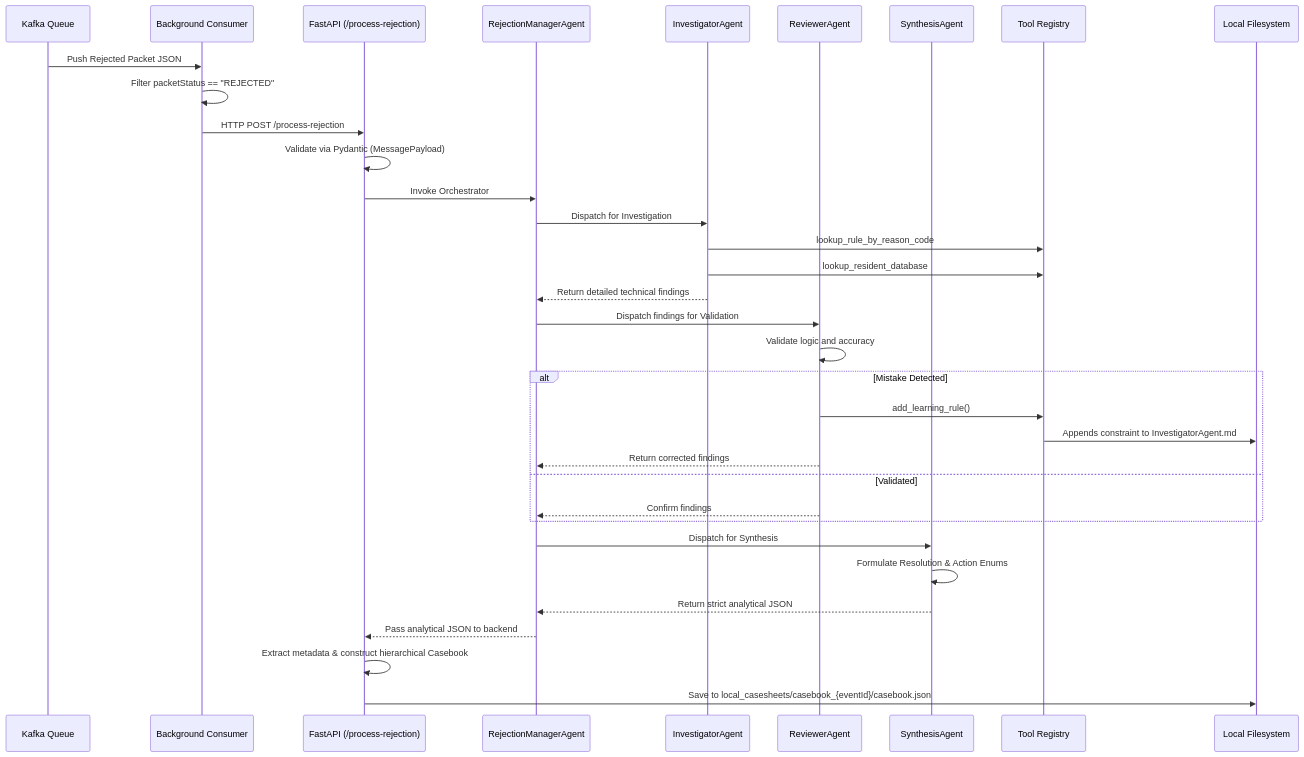
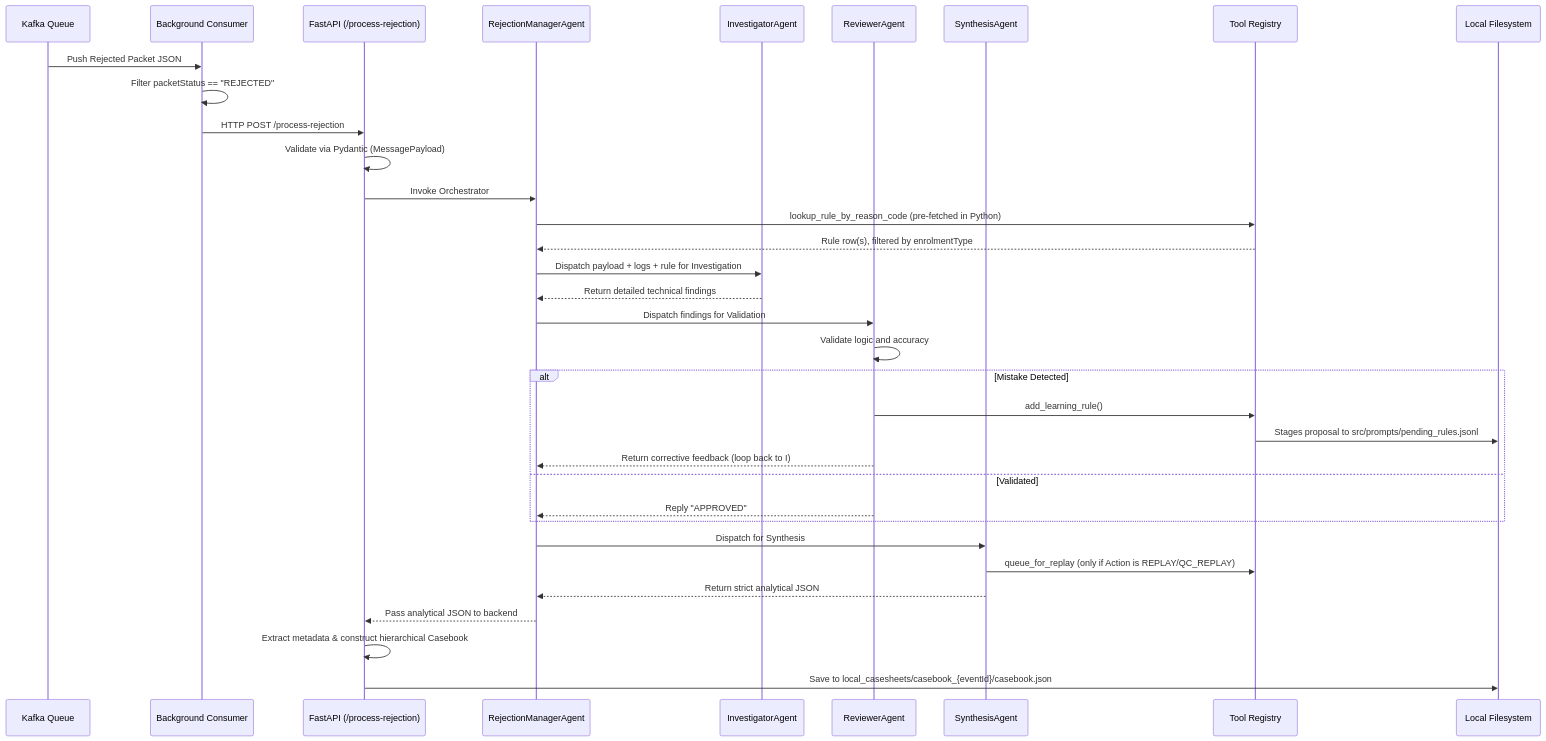
The diagram in ARCHITECTURE.md (GuruSrikanth10/packet-CRM), drawn with Mermaid before and after one commit. The commit also changed other lines of this file and 13 other files, not shown here.

````diff
--- a/ARCHITECTURE.md
+++ b/ARCHITECTURE.md
@@ -12,43 +12,43 @@
 ```mermaid
 sequenceDiagram
     participant K as Kafka Queue
     participant C as Background Consumer
     participant API as FastAPI (/process-rejection)
     participant M as RejectionManagerAgent
     participant I as InvestigatorAgent
     participant R as ReviewerAgent
     participant S as SynthesisAgent
     participant T as Tool Registry
     participant FS as Local Filesystem
 
     K->>C: Push Rejected Packet JSON
     C->>C: Filter packetStatus == "REJECTED"
     C->>API: HTTP POST /process-rejection
     
     API->>API: Validate via Pydantic (MessagePayload)
     API->>M: Invoke Orchestrator
     
-    M->>I: Dispatch for Investigation
-    I->>T: lookup_rule_by_reason_code
-    I->>T: lookup_resident_database
+    M->>T: lookup_rule_by_reason_code (pre-fetched in Python)
+    T-->>M: Rule row(s), filtered by enrolmentType
+    M->>I: Dispatch payload + logs + rule for Investigation
     I-->>M: Return detailed technical findings
     
     M->>R: Dispatch findings for Validation
     R->>R: Validate logic and accuracy
     
     alt Mistake Detected
         R->>T: add_learning_rule()
-        T->>FS: Appends constraint to InvestigatorAgent.md
-        R-->>M: Return corrected findings
+        T->>FS: Stages proposal to src/prompts/pending_rules.jsonl
+        R-->>M: Return corrective feedback (loop back to I)
     else Validated
-        R-->>M: Confirm findings
+        R-->>M: Reply "APPROVED"
     end
     
     M->>S: Dispatch for Synthesis
-    S->>S: Formulate Resolution & Action Enums
+    S->>T: queue_for_replay (only if Action is REPLAY/QC_REPLAY)
     S-->>M: Return strict analytical JSON
     
     M-->>API: Pass analytical JSON to backend
     API->>API: Extract metadata & construct hierarchical Casebook
     API->>FS: Save to local_casesheets/casebook_{eventId}/casebook.json
 ```
````
